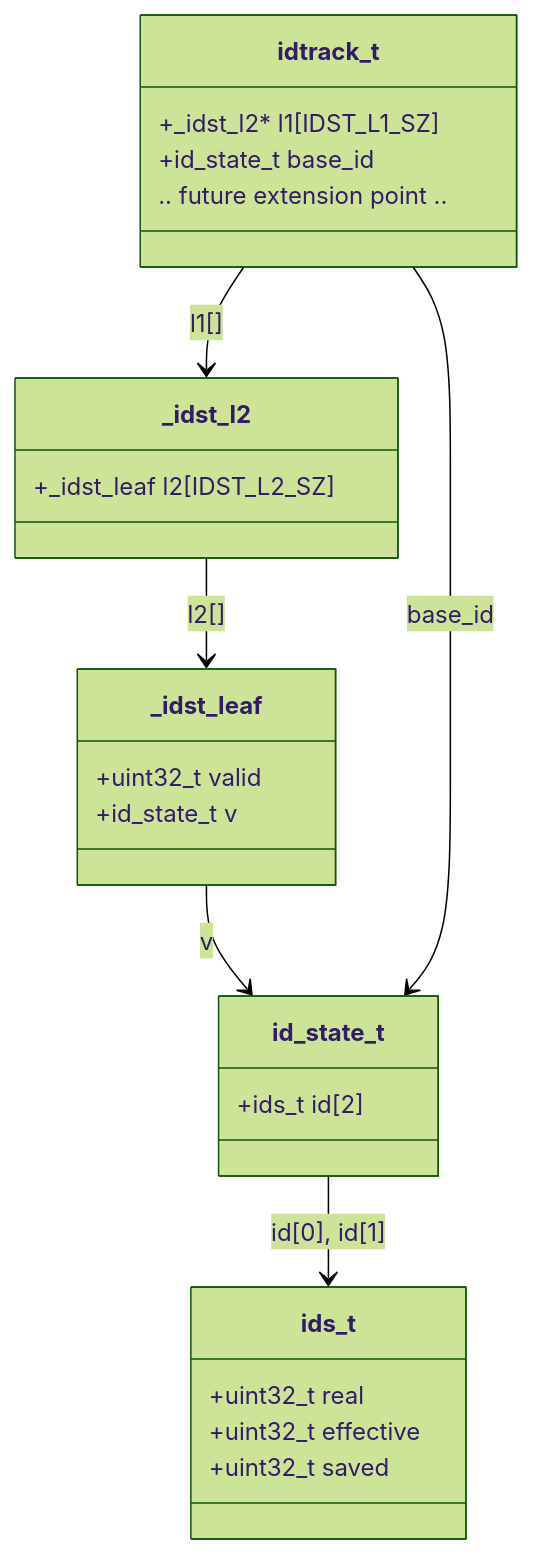
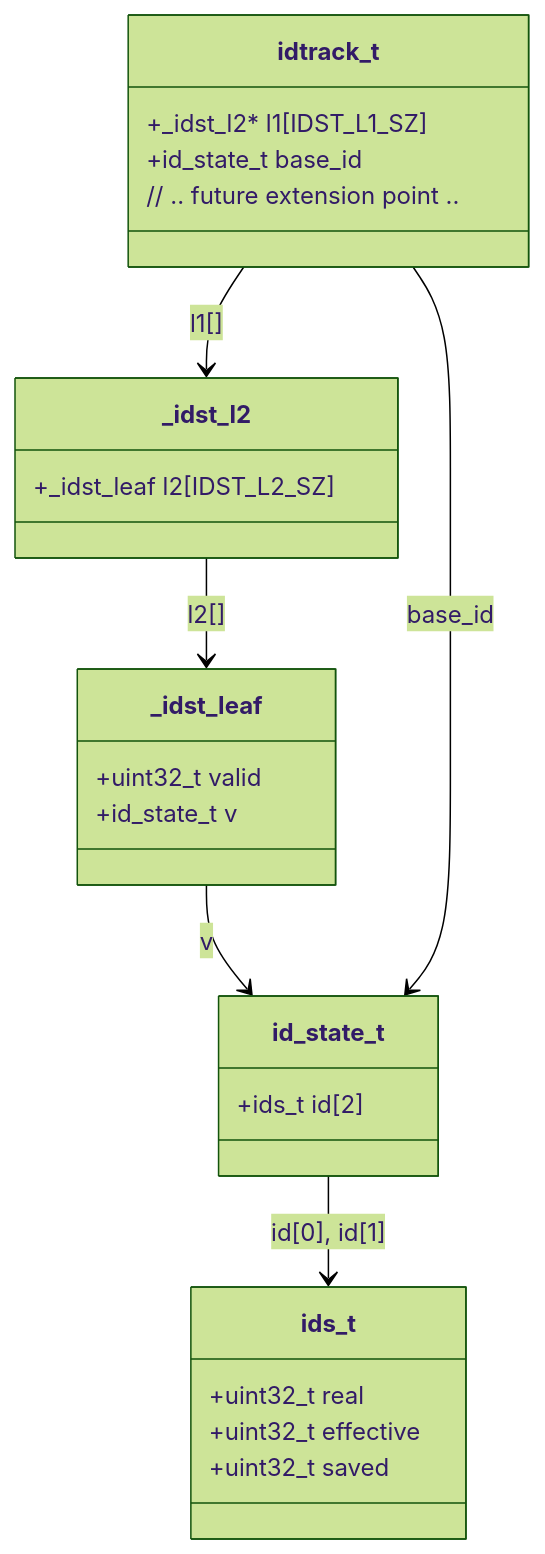
Before and after one commit to llnl/pseudopod: the second of 2 diagrams in docs/archictecture.md, drawn with Mermaid (forest theme). The commit also changed other lines of this file, not shown here.

````diff
--- a/docs/archictecture.md
+++ b/docs/archictecture.md
@@ -91,33 +89,33 @@
 ```mermaid
 classDiagram
     class idtrack_t {
         +_idst_l2* l1[IDST_L1_SZ]
         +id_state_t base_id
-        .. future extension point ..
+        // .. future extension point ..
     }
 
     class _idst_l2 {
         +_idst_leaf l2[IDST_L2_SZ]
     }
 
     class _idst_leaf {
         +uint32_t valid
         +id_state_t v
     }
 
     class id_state_t {
         +ids_t id[2]
     }
 
     class ids_t {
         +uint32_t real
         +uint32_t effective
         +uint32_t saved
     }
 
     idtrack_t --> _idst_l2 : l1[]
     _idst_l2 --> _idst_leaf : l2[]
     _idst_leaf --> id_state_t : v
     idtrack_t --> id_state_t : base_id
     id_state_t --> ids_t : id[0], id[1]
 ```
````
